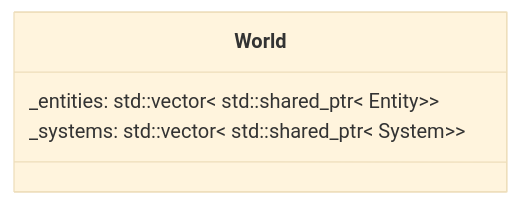
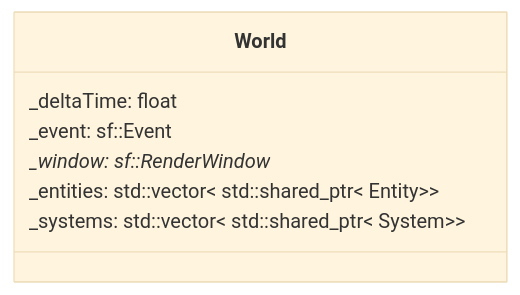
The diagram in docs/ECS/World.md (MYAMBO/R-Type), drawn with Mermaid (base theme) before and after one commit. The commit also changed other lines of this file and 2 other files, not shown here.

Commit message:
fix(World): fix world usage about the window, event and systems, as well as the documentation going with it

````diff
--- a/docs/ECS/World.md
+++ b/docs/ECS/World.md
@@ -12,7 +19,10 @@
 ```mermaid
 classDiagram
   class World {
+    _deltaTime: float
+    _event: sf::Event
+    _window: sf::RenderWindow *
     _entities: std::vector< std::shared_ptr< Entity>>
     _systems: std::vector< std::shared_ptr< System>>
   }
 ```
````
